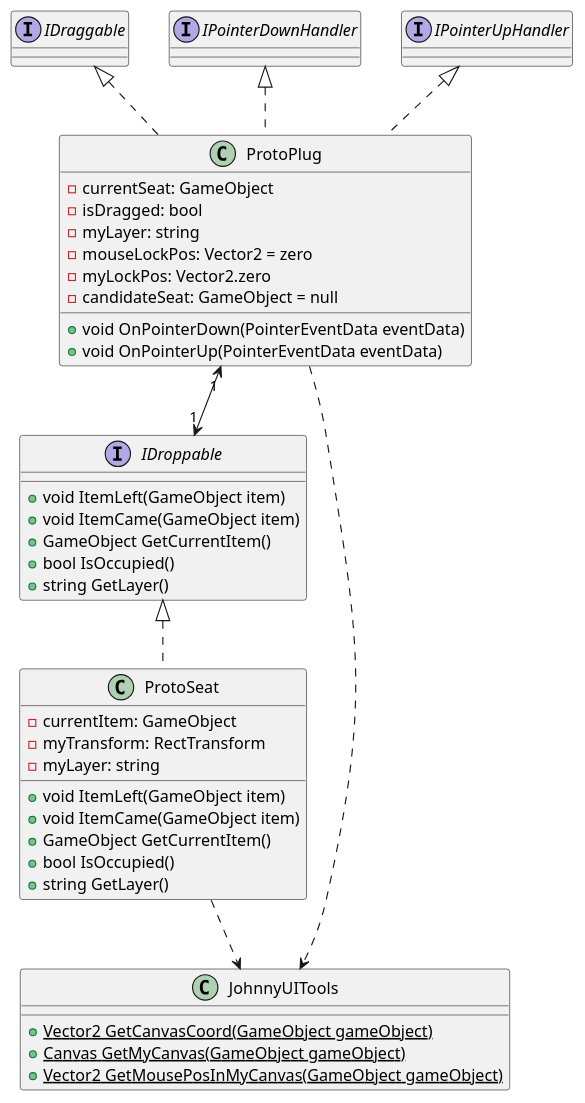
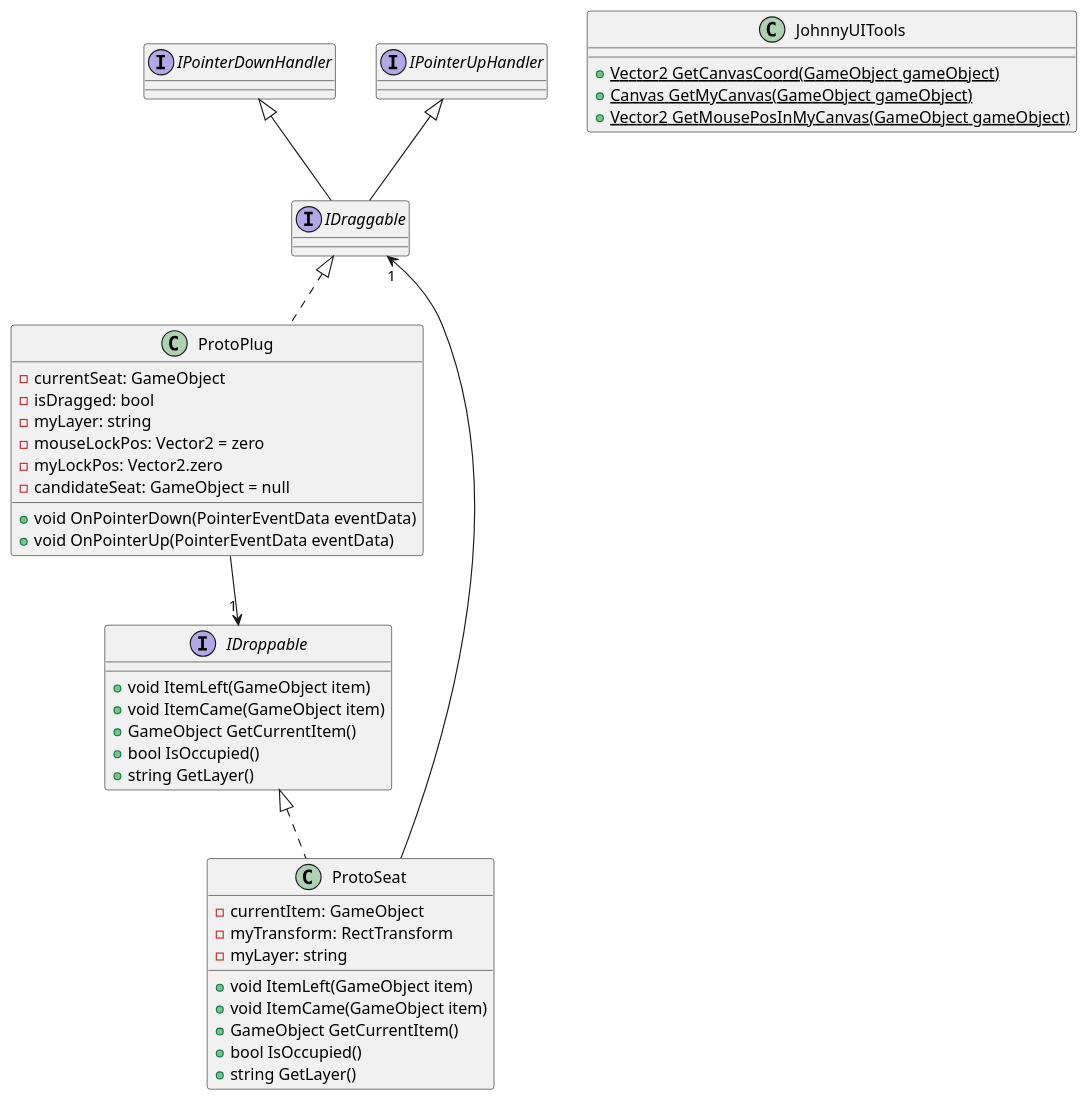
One commit to cs130-w21/13 changed the diagram in docs/class_daigrams/Drag_and_UI.plantuml. Above: the diagram before and after it, drawn with PlantUML. The commit also changed 2 other files, not shown here.

Commit message:
changed interface dependency
now IDroppable implements the event listeners not ProtoPlug

```diff
--- a/docs/class_daigrams/Drag_and_UI.plantuml
+++ b/docs/class_daigrams/Drag_and_UI.plantuml
@@ -1,99 +1,99 @@
 @startuml Drag_and_Drop_UI
 
-interface IDraggable {
+interface IDraggable implements IPointerDownHandler, IPointerUpHandler {
 
 }
 
 
 interface IDroppable {
     + void ItemLeft(GameObject item)
     + void ItemCame(GameObject item)
     + GameObject GetCurrentItem()
     + bool IsOccupied()
     + string GetLayer()
 }
 
 
-class ProtoPlug implements IDraggable, IPointerDownHandler, IPointerUpHandler {
+class ProtoPlug implements IDraggable {
     - currentSeat: GameObject
     - isDragged: bool
     - myLayer: string
     - mouseLockPos: Vector2 = zero
     - myLockPos: Vector2.zero
     - candidateSeat: GameObject = null
 
     + void OnPointerDown(PointerEventData eventData)
     + void OnPointerUp(PointerEventData eventData)
 }
-ProtoPlug "1" <--> "1" IDroppable
+ProtoPlug --> "1" IDroppable
 
 
 class ProtoSeat implements IDroppable {
     - currentItem: GameObject
     - myTransform: RectTransform
     - myLayer: string
     + void ItemLeft(GameObject item)
     + void ItemCame(GameObject item)
     + GameObject GetCurrentItem()
     + bool IsOccupied()
     + string GetLayer()
 }
-
+ProtoSeat --> "1" IDraggable
 
 class JohnnyUITools {
     + {static} Vector2 GetCanvasCoord(GameObject gameObject)
     + {static} Canvas GetMyCanvas(GameObject gameObject)
     + {static} Vector2 GetMousePosInMyCanvas(GameObject gameObject)
 }
-ProtoPlug ..> JohnnyUITools
-ProtoSeat ..> JohnnyUITools
+' ProtoPlug ..> JohnnyUITools
+' ProtoSeat ..> JohnnyUITools
 
 
 ' class Employee implements CaffeineAddict {
     '     + drinkCoffee(): void
     '     + discussImportantStuff(): void
     '
 ' }
 
 ' Employee *--"1" Salary
 
 ' class Salary {
     '     + salary: int
     '
 ' }
 
 ' enum SeniorityLevel {
     '     L1
     '     L2
     '     L3
     '
 ' }
 
 ' class JuniorEmployee extends Employee {
     '     + seniorityLevel: SeniorityLevel = L2
     '
 ' }
 
 ' class SeniorEmployee extends Employee {
     '     + seniorityLevel: SeniorityLevel = L3
     '
 ' }
 
 ' class Company {
     '     + hustle(): void
     '     + getEmptyMeetingRoom(): MeetingRoom
     '
 ' }
 ' Company *-- "*" MeetingRoom
 ' Company o-- "*" Employee
 
 ' class MeetingRoom {
     '     - isOccupied: boolean = false
     '     + getOccupied(): boolean
     '     + setOccupied(val: boolean): void
     '     + useMeetingRoom(employee: Employee): void
     '
 ' }
 ' MeetingRoom ..> Employee
 
 @enduml
```
